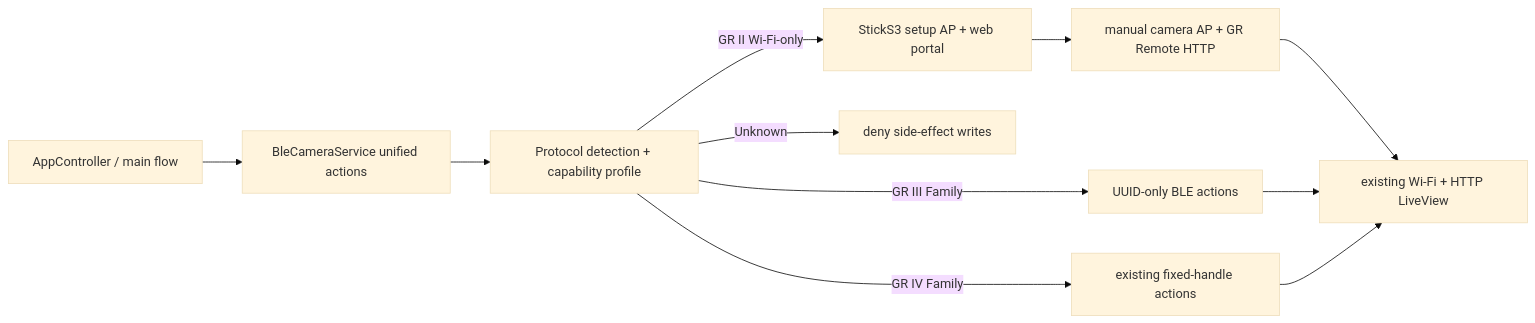
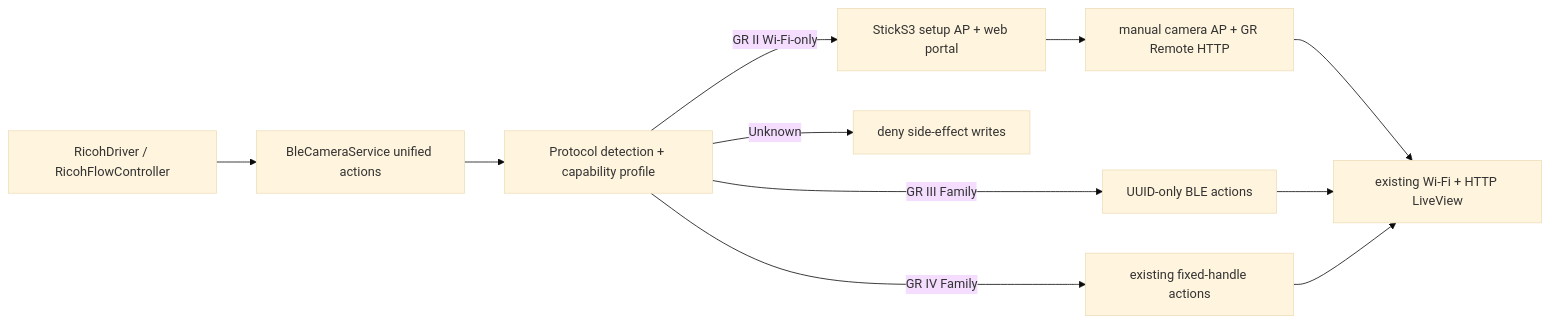
Before and after one commit to sky18Dragon/RICOH-GR-Live-View-Shooting: the diagram in docs/project_overview.md, drawn with Mermaid (base theme). The commit also changed other lines of this file and 13 other files, not shown here.

First line of the commit message:
refactor: move the Ricoh workflow controller to brands/ricoh/flow

````diff
--- a/docs/project_overview.md
+++ b/docs/project_overview.md
@@ -9,13 +9,13 @@
 ```mermaid
 flowchart LR
-  APP["AppController / main flow"] --> SVC["BleCameraService unified actions"]
+  APP["RicohDriver / RicohFlowController"] --> SVC["BleCameraService unified actions"]
   SVC --> DET["Protocol detection + capability profile"]
   DET -->|"GR III Family"| G3["UUID-only BLE actions"]
   DET -->|"GR IV Family"| G4["existing fixed-handle actions"]
   DET -->|"GR II Wi-Fi-only"| PORTAL["StickS3 setup AP + web portal"]
   PORTAL --> G2["manual camera AP + GR Remote HTTP"]
   DET -->|"Unknown"| DENY["deny side-effect writes"]
   G2 --> WIFI
   G3 --> WIFI["existing Wi-Fi + HTTP LiveView"]
   G4 --> WIFI
 ```
````
